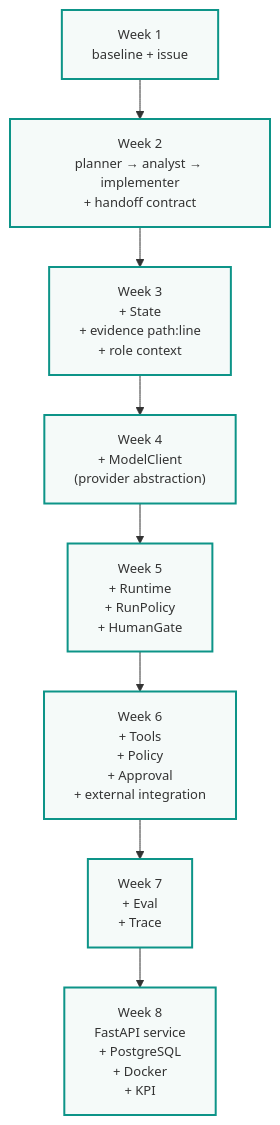
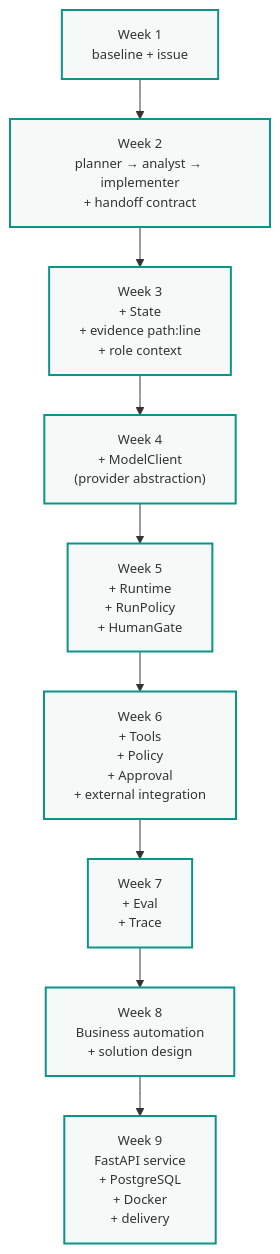
One commit to ertaipit-web/python-agent-workflow-course changed the diagram in docs/course/capstone-evolution.md. Above: the diagram before and after it, drawn with Mermaid. The commit also changed other lines of this file and 10 other files, not shown here.

````diff
--- a/docs/course/capstone-evolution.md
+++ b/docs/course/capstone-evolution.md
@@ -11,13 +11,14 @@
 ```mermaid
 %%{init: {"flowchart": {"useMaxWidth": false, "nodeSpacing": 20, "rankSpacing": 40}, "themeVariables": {"fontSize": "13px"}}}%%
 flowchart TD
   W1["Week 1\nbaseline + issue"] --> W2["Week 2\nplanner → analyst → implementer\n+ handoff contract"]
   W2 --> W3["Week 3\n+ State\n+ evidence path:line\n+ role context"]
   W3 --> W4["Week 4\n+ ModelClient\n(provider abstraction)"]
   W4 --> W5["Week 5\n+ Runtime\n+ RunPolicy\n+ HumanGate"]
   W5 --> W6["Week 6\n+ Tools\n+ Policy\n+ Approval\n+ external integration"]
   W6 --> W7["Week 7\n+ Eval\n+ Trace"]
-  W7 --> W8["Week 8\nFastAPI service\n+ PostgreSQL\n+ Docker\n+ KPI"]
+        W7 --> W8["Week 8\nBusiness automation\n+ solution design"]
+        W8 --> W9["Week 9\nFastAPI service\n+ PostgreSQL\n+ Docker\n+ delivery"]
   classDef week fill:#f5faf9,stroke:#0d9488,stroke-width:2px;
-  class W1,W2,W3,W4,W5,W6,W7,W8 week;
+        class W1,W2,W3,W4,W5,W6,W7,W8,W9 week;
 ```
````
